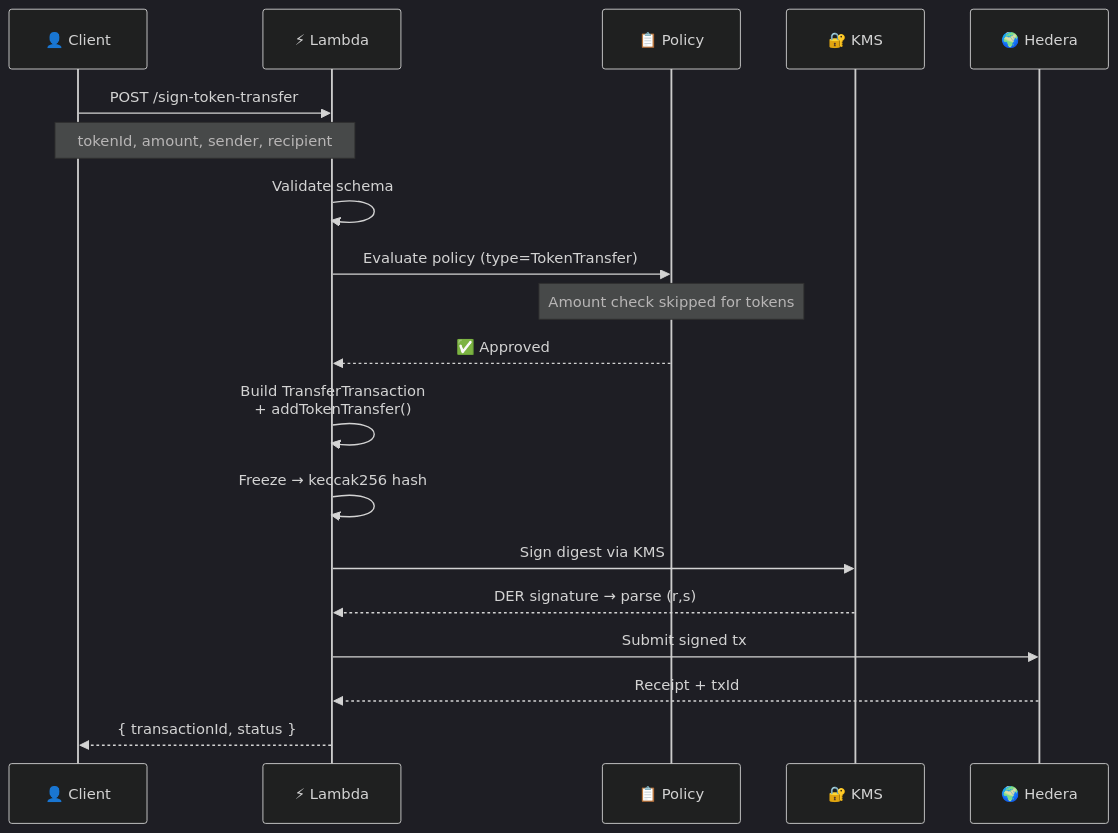
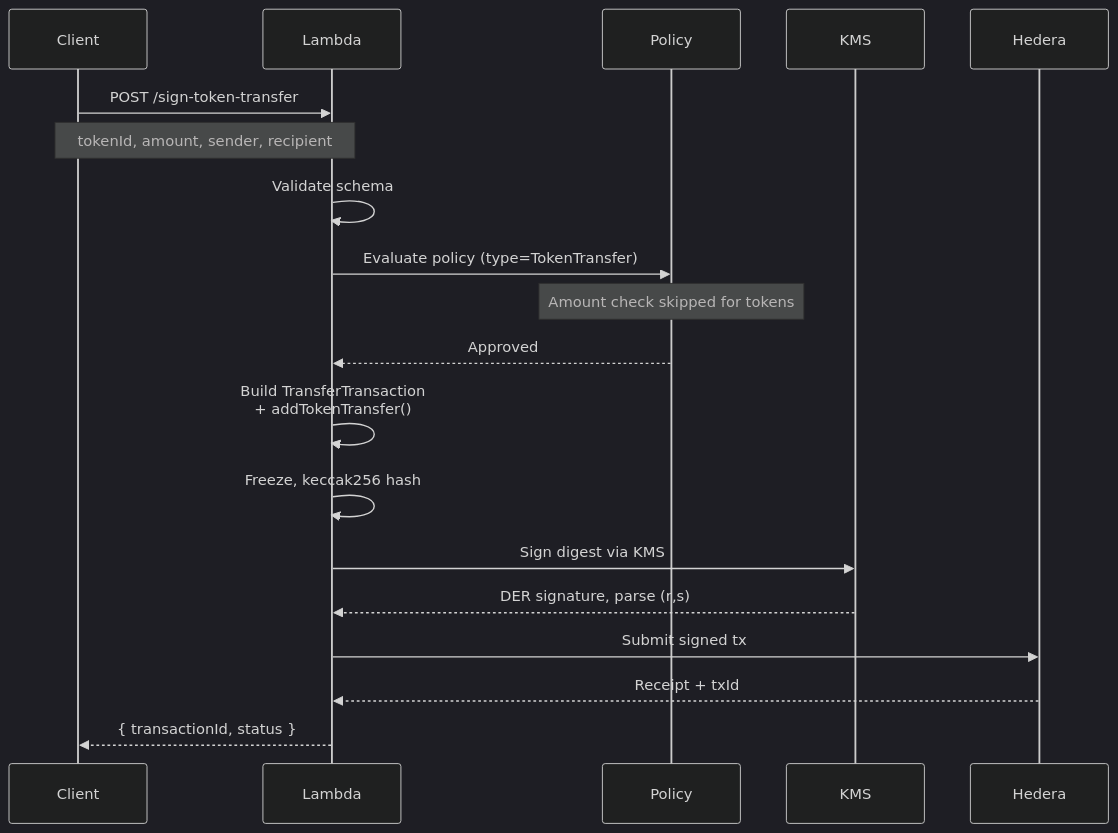
One commit to umarhashmi2002/hedera-kms-signer changed the seventh of 13 diagrams in README.md. Above: the diagram before and after it, drawn with Mermaid (dark theme). The commit also changed other lines of this file and 3 other files, not shown here.

````diff
--- a/README.md
+++ b/README.md
@@ -194,22 +194,22 @@
 ```mermaid
 sequenceDiagram
-    participant C as 👤 Client
-    participant L as ⚡ Lambda
-    participant P as 📋 Policy
-    participant K as 🔐 KMS
-    participant H as 🌍 Hedera
+    participant C as Client
+    participant L as Lambda
+    participant P as Policy
+    participant K as KMS
+    participant H as Hedera
 
     C->>L: POST /sign-token-transfer
     Note over C,L: tokenId, amount, sender, recipient
     L->>L: Validate schema
     L->>P: Evaluate policy (type=TokenTransfer)
     Note over P: Amount check skipped for tokens
-    P-->>L: ✅ Approved
+    P-->>L: Approved
     L->>L: Build TransferTransaction<br/>+ addTokenTransfer()
-    L->>L: Freeze → keccak256 hash
+    L->>L: Freeze, keccak256 hash
     L->>K: Sign digest via KMS
-    K-->>L: DER signature → parse (r,s)
+    K-->>L: DER signature, parse (r,s)
     L->>H: Submit signed tx
     H-->>L: Receipt + txId
     L-->>C: { transactionId, status }
 ```
````
